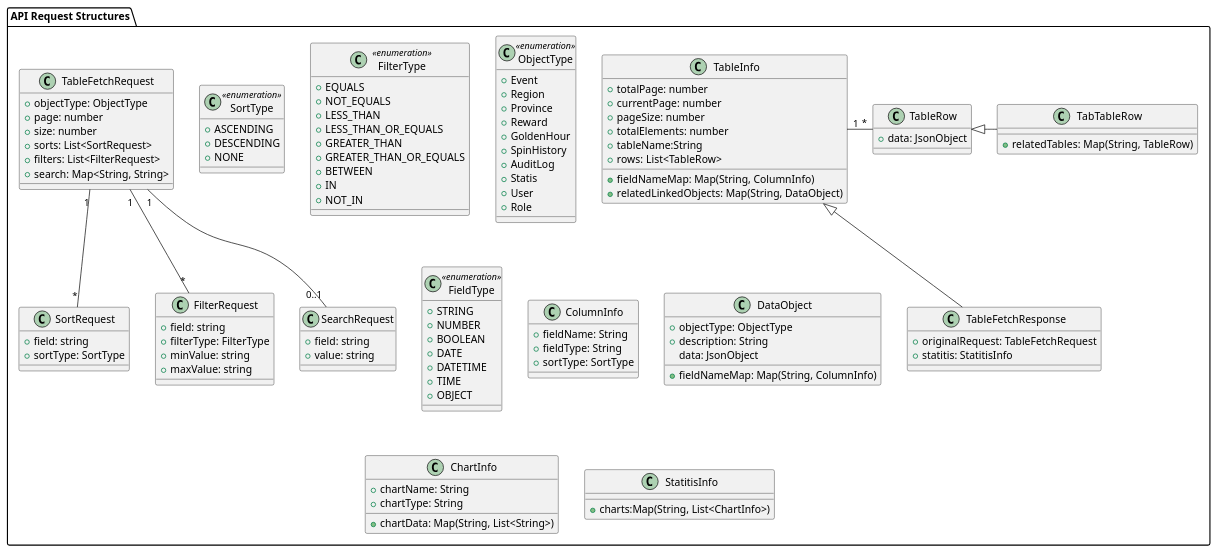
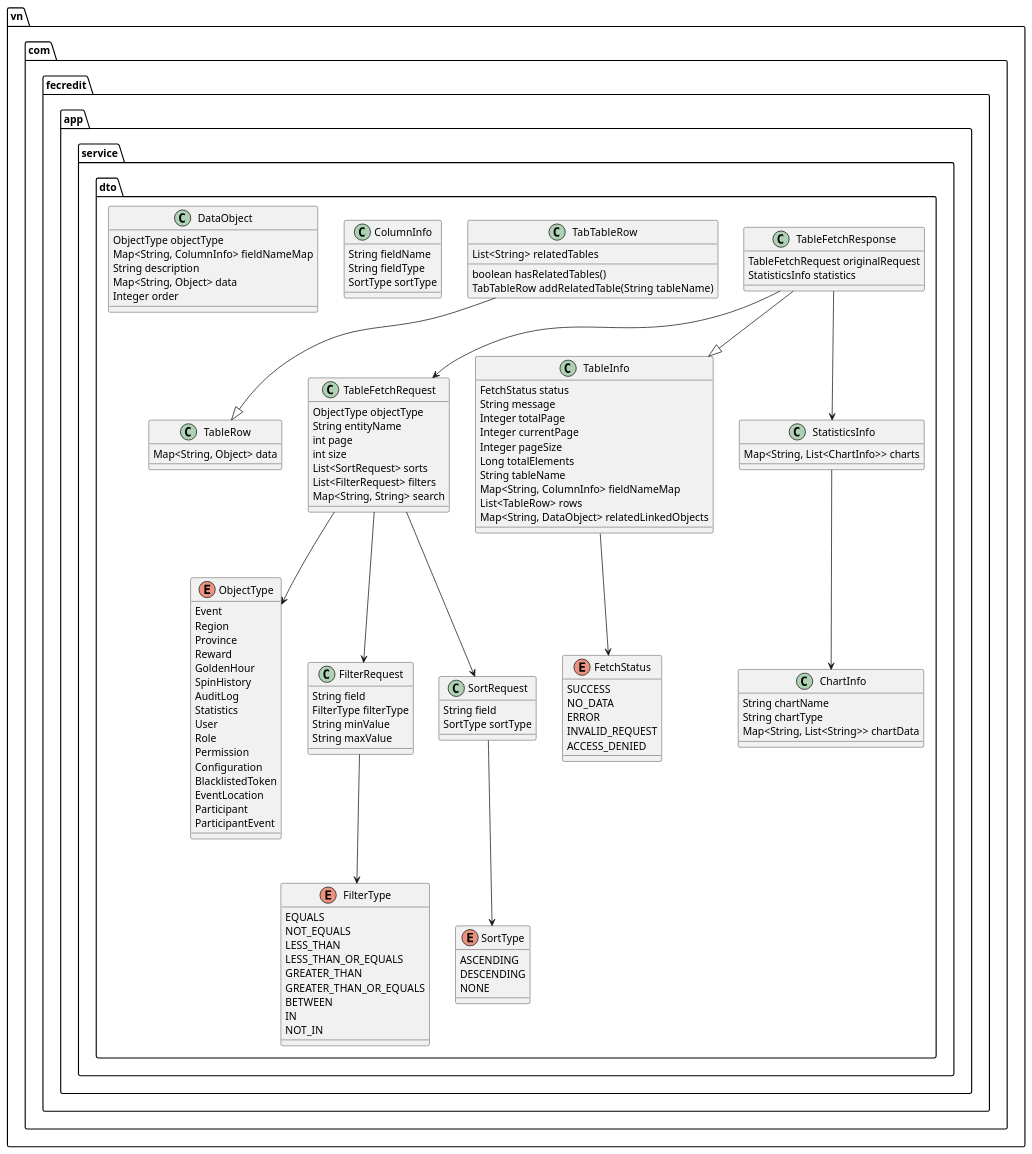
Before and after one commit to dnguyenminh/luckydraw-roo: the diagram in docs/api/CommonAPIRequestAndResponse.puml, drawn with PlantUML. The commit also changed 210 other files, not shown here.

Commit message:
Transfer not completed project. - Update the service module successfully

```diff
--- a/docs/api/CommonAPIRequestAndResponse.puml
+++ b/docs/api/CommonAPIRequestAndResponse.puml
@@ -1,127 +1,139 @@
-@startuml Request anh Response Structures for Table Components
+@startuml CommonAPIRequestAndResponse
 
-' Common API Request and Response Structures for Table Components
+' Common API Request and Response Models
 
-package "API Request Structures" {
-    class SortType<<enumeration>> {
+namespace vn.com.fecredit.app.service.dto {
+    
+    enum ObjectType {
+        Event
+        Region
+        Province
+        Reward
+        GoldenHour
+        SpinHistory
+        AuditLog
+        Statistics
+        User
+        Role
+        Permission
+        Configuration
+        BlacklistedToken
+        EventLocation
+        Participant
+        ParticipantEvent
+    }
+    
+    enum FetchStatus {
+        SUCCESS
+        NO_DATA
+        ERROR
+        INVALID_REQUEST
+        ACCESS_DENIED
+    }
+    
+    enum SortType {
+        ASCENDING
+        DESCENDING
+        NONE
+    }
+    
+    enum FilterType {
+        EQUALS
+        NOT_EQUALS
+        LESS_THAN
+        LESS_THAN_OR_EQUALS
+        GREATER_THAN
+        GREATER_THAN_OR_EQUALS
+        BETWEEN
+        IN
+        NOT_IN
+    }
+    
+    class TableFetchRequest {
+        ObjectType objectType
+        String entityName
+        int page
+        int size
+        List<SortRequest> sorts
+        List<FilterRequest> filters
+        Map<String, String> search
+    }
+    
+    class TableFetchResponse {
+        TableFetchRequest originalRequest
+        StatisticsInfo statistics
+    }
+    
+    class TableInfo {
+        FetchStatus status
+        String message
+        Integer totalPage
+        Integer currentPage
+        Integer pageSize
+        Long totalElements
+        String tableName
+        Map<String, ColumnInfo> fieldNameMap
+        List<TableRow> rows
+        Map<String, DataObject> relatedLinkedObjects
+    }
+    
+    class TableRow {
+        Map<String, Object> data
+    }
+    
+    class TabTableRow {
+        List<String> relatedTables
+        boolean hasRelatedTables()
+        TabTableRow addRelatedTable(String tableName)
+    }
+    
+    class FilterRequest {
+        String field
+        FilterType filterType
+        String minValue
+        String maxValue
+    }
+    
+    class SortRequest {
+        String field
+        SortType sortType
+    }
+    
+    class ColumnInfo {
+        String fieldName
+        String fieldType
+        SortType sortType
+    }
+    
+    class StatisticsInfo {
+        Map<String, List<ChartInfo>> charts
+    }
+    
+    class ChartInfo {
+        String chartName
+        String chartType
+        Map<String, List<String>> chartData
+    }
+    
+    class DataObject {
+        ObjectType objectType
+        Map<String, ColumnInfo> fieldNameMap
+        String description
+        Map<String, Object> data
+        Integer order
+    }
+    
+    TableFetchResponse --|> TableInfo
+    TabTableRow --|> TableRow
+    TableFetchResponse --> TableFetchRequest
+    TableFetchResponse --> StatisticsInfo
+    TableFetchRequest --> ObjectType
+    TableInfo --> FetchStatus
+    TableFetchRequest --> SortRequest
+    TableFetchRequest --> FilterRequest
+    SortRequest --> SortType
+    FilterRequest --> FilterType
+    StatisticsInfo --> ChartInfo
+}
 
-        +ASCENDING
-        +DESCENDING
-        +NONE
-    }
-    class SortRequest {
-        +field: string
-        +sortType: SortType
-    }
-
-    class FilterType<<enumeration>> {
-        +EQUALS
-        +NOT_EQUALS
-        +LESS_THAN
-        +LESS_THAN_OR_EQUALS
-        +GREATER_THAN
-        +GREATER_THAN_OR_EQUALS
-        +BETWEEN
-        +IN
-        +NOT_IN
-    }
-    class FilterRequest {
-        +field: string
-        +filterType: FilterType
-        +minValue: string
-        +maxValue: string
-    }
-    class  SearchRequest {
-        +field: string
-        +value: string
-    }
-
-    class ObjectType<<enumeration>> {
-        +Event
-        +Region
-        +Province
-        +Reward
-        +GoldenHour
-        +SpinHistory
-        +AuditLog
-        +Statis
-        +User
-        +Role
-    }
-
-    class TableFetchRequest {
-        +objectType: ObjectType
-        +page: number
-        +size: number
-        +sorts: List<SortRequest>
-        +filters: List<FilterRequest>
-        +search: Map<String, String>
-    }
-
-    class TableRow {
-        +data: JsonObject
-    }
-
-    class TabTableRow{
-        +relatedTables: Map(String, TableRow)
-    }
-
-
-    class FieldType<<enumeration>> {
-
-        +STRING
-        +NUMBER
-        +BOOLEAN
-        +DATE
-        +DATETIME
-        +TIME
-        +OBJECT
-    }
-
-    class ColumnInfo {
-        +fieldName: String
-        +fieldType: String
-        +sortType: SortType
-    }
-
-    class DataObject {
-        +objectType: ObjectType
-        +fieldNameMap: Map(String, ColumnInfo)
-        +description: String
-        data: JsonObject
-    }
-
-    class TableInfo{
-        +totalPage: number
-        +currentPage: number
-        +pageSize: number
-        +totalElements: number
-        +tableName:String
-        +fieldNameMap: Map(String, ColumnInfo)
-        +rows: List<TableRow>
-        +relatedLinkedObjects: Map(String, DataObject)
-    }
-
-    class ChartInfo {
-        +chartName: String
-        +chartType: String
-        +chartData: Map(String, List<String>)
-    }
-
-    class StatitisInfo {
-        +charts:Map(String, List<ChartInfo>)
-    }
-
-    class TableFetchResponse {
-        +originalRequest: TableFetchRequest
-        +statitis: StatitisInfo
-    }
-
-    TableInfo <|-- TableFetchResponse
-    TableInfo "1"-"*" TableRow
-    TableFetchRequest "1"--"*" SortRequest
-    TableFetchRequest "1"--"*" FilterRequest
-    TableFetchRequest "1"--"0..1" SearchRequest
-    TableRow <|- TabTableRow
-}
 @enduml
```
